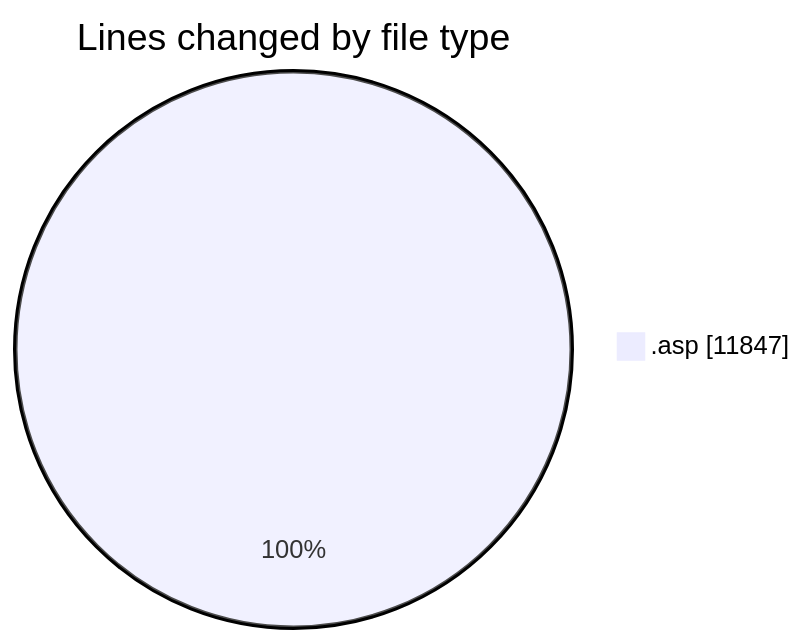
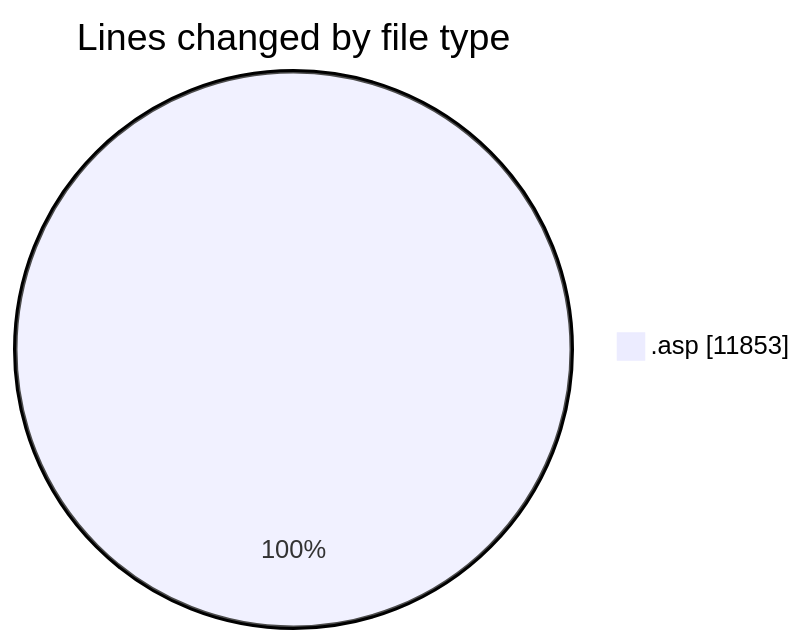
The first of 2 diagrams in 2025-11-14/cdp_aleoudev_fr__workspace_/README.md (julien-gomy/code-tracking), drawn with Mermaid before and after one commit. The commit also changed other lines of this file and 1 other file, not shown here.

````diff
--- a/2025-11-14/cdp_aleoudev_fr__workspace_/README.md
+++ b/2025-11-14/cdp_aleoudev_fr__workspace_/README.md
@@ -22,5 +22,5 @@
 ```mermaid
 pie showData
 title Lines changed by file type
-".asp" : 11847
+".asp" : 11853
 ```
````
